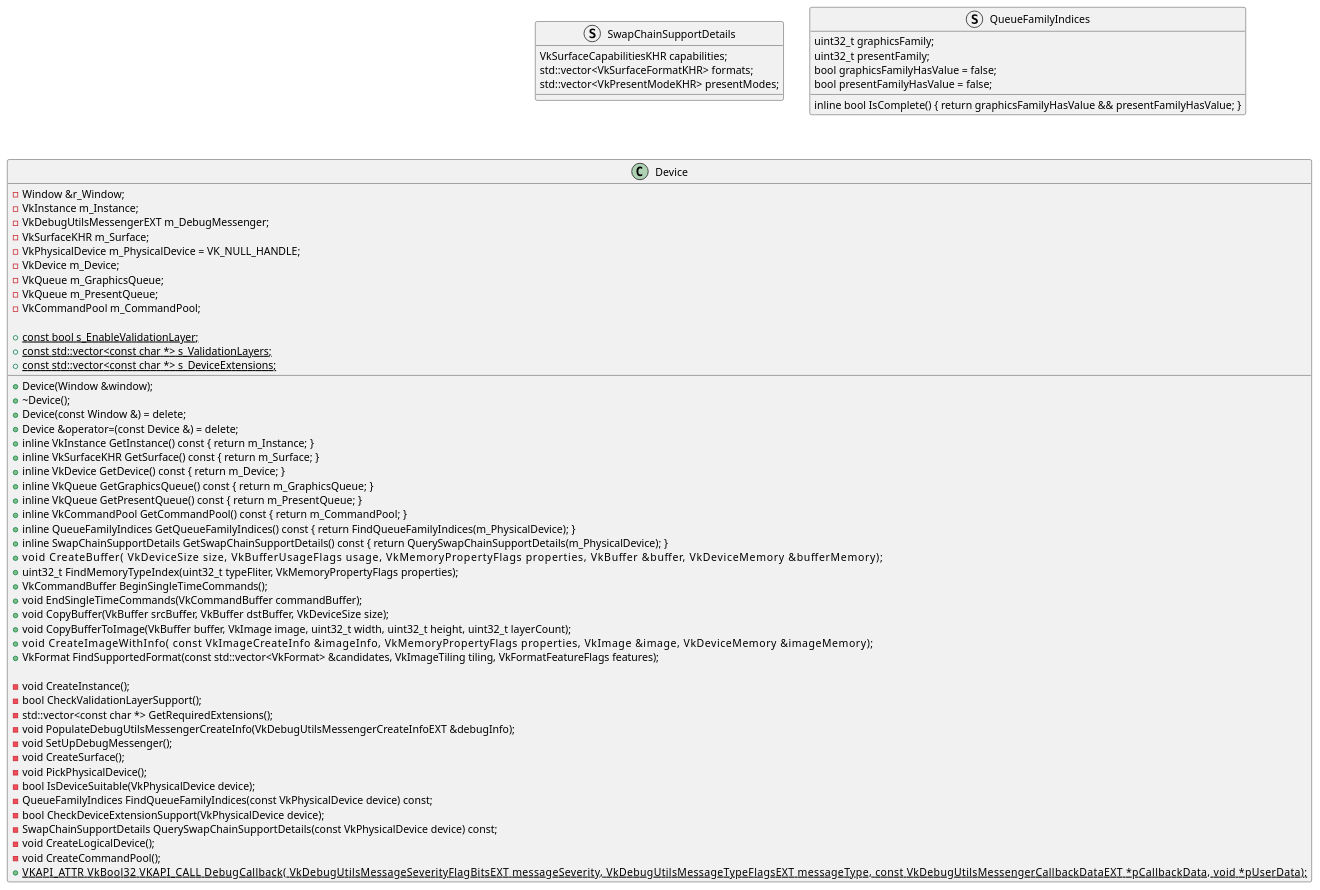
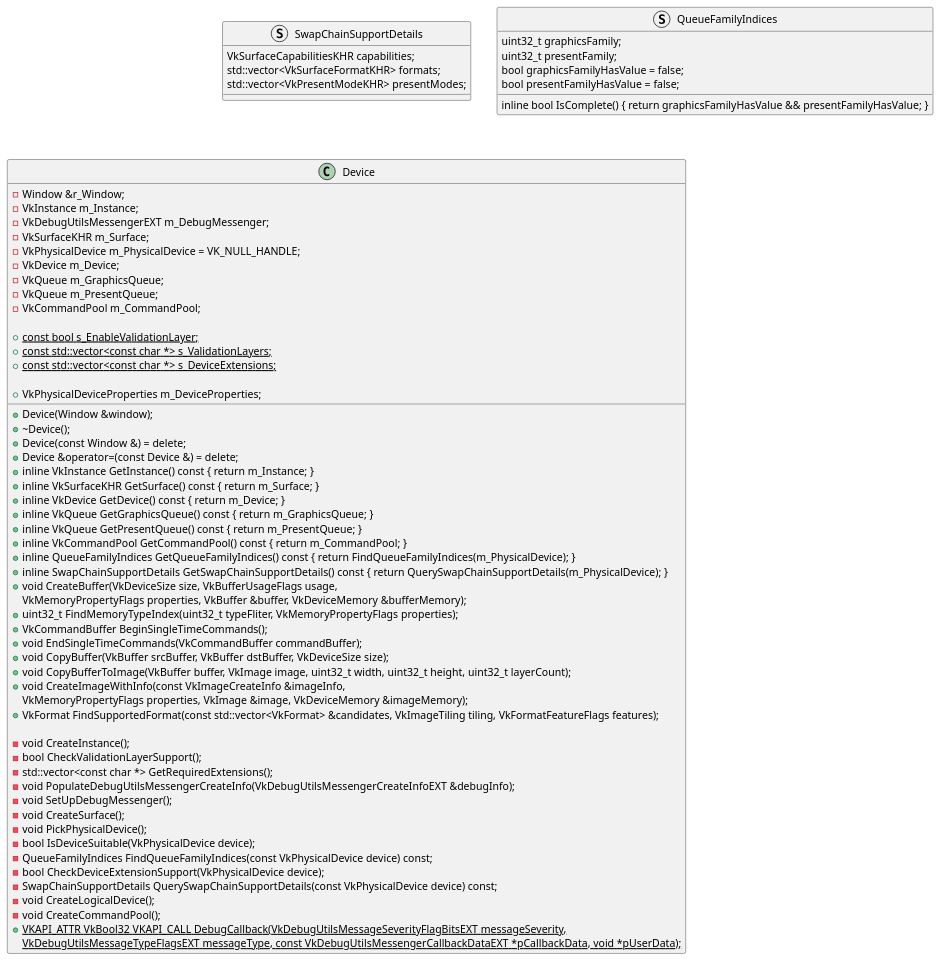
One commit to BravoMando/BasicVulkanWarperUML changed the diagram in src/device.pu. Above: the diagram before and after it, drawn with PlantUML. The commit also changed 28 other files, not shown here.

```diff
--- a/src/device.pu
+++ b/src/device.pu
@@ -1,83 +1,75 @@
 @startuml
 struct SwapChainSupportDetails
 {
     VkSurfaceCapabilitiesKHR capabilities;
     std::vector<VkSurfaceFormatKHR> formats;
     std::vector<VkPresentModeKHR> presentModes;
 }
 
 struct QueueFamilyIndices
 {
     uint32_t graphicsFamily;
     uint32_t presentFamily;
     bool graphicsFamilyHasValue = false;
     bool presentFamilyHasValue = false;
     inline bool IsComplete() { return graphicsFamilyHasValue && presentFamilyHasValue; }
 }
 
 class Device
 {
     + Device(Window &window);
     + \~Device();
     + Device(const Window &) = delete;
     + Device &operator=(const Device &) = delete;
     + inline VkInstance GetInstance() const { return m_Instance; }
     + inline VkSurfaceKHR GetSurface() const { return m_Surface; }
     + inline VkDevice GetDevice() const { return m_Device; }
     + inline VkQueue GetGraphicsQueue() const { return m_GraphicsQueue; }
     + inline VkQueue GetPresentQueue() const { return m_PresentQueue; }
     + inline VkCommandPool GetCommandPool() const { return m_CommandPool; }
     + inline QueueFamilyIndices GetQueueFamilyIndices() const { return FindQueueFamilyIndices(m_PhysicalDevice); }
     + inline SwapChainSupportDetails GetSwapChainSupportDetails() const { return QuerySwapChainSupportDetails(m_PhysicalDevice); }
-    + void CreateBuffer(\
-        VkDeviceSize size,\
-        VkBufferUsageFlags usage,\
-        VkMemoryPropertyFlags properties,\
-        VkBuffer &buffer,\
-        VkDeviceMemory &bufferMemory);
+    + void CreateBuffer(VkDeviceSize size, VkBufferUsageFlags usage,
+            VkMemoryPropertyFlags properties, VkBuffer &buffer, VkDeviceMemory &bufferMemory);
     + uint32_t FindMemoryTypeIndex(uint32_t typeFliter, VkMemoryPropertyFlags properties);
     + VkCommandBuffer BeginSingleTimeCommands();
     + void EndSingleTimeCommands(VkCommandBuffer commandBuffer);
     + void CopyBuffer(VkBuffer srcBuffer, VkBuffer dstBuffer, VkDeviceSize size);
     + void CopyBufferToImage(VkBuffer buffer, VkImage image, uint32_t width, uint32_t height, uint32_t layerCount);
-    + void CreateImageWithInfo(\
-        const VkImageCreateInfo &imageInfo,\
-        VkMemoryPropertyFlags properties,\
-        VkImage &image,\
-        VkDeviceMemory &imageMemory);
+    + void CreateImageWithInfo(const VkImageCreateInfo &imageInfo,
+            VkMemoryPropertyFlags properties, VkImage &image, VkDeviceMemory &imageMemory);
     + VkFormat FindSupportedFormat(const std::vector<VkFormat> &candidates, VkImageTiling tiling, VkFormatFeatureFlags features);
 
     - void CreateInstance();
     - bool CheckValidationLayerSupport();
     - std::vector<const char *> GetRequiredExtensions();
     - void PopulateDebugUtilsMessengerCreateInfo(VkDebugUtilsMessengerCreateInfoEXT &debugInfo);
     - void SetUpDebugMessenger();
     - void CreateSurface();
     - void PickPhysicalDevice();
     - bool IsDeviceSuitable(VkPhysicalDevice device);
     - QueueFamilyIndices FindQueueFamilyIndices(const VkPhysicalDevice device) const;
     - bool CheckDeviceExtensionSupport(VkPhysicalDevice device);
     - SwapChainSupportDetails QuerySwapChainSupportDetails(const VkPhysicalDevice device) const;
     - void CreateLogicalDevice();
     - void CreateCommandPool();
 
     - Window &r_Window;
     - VkInstance m_Instance;
     - VkDebugUtilsMessengerEXT m_DebugMessenger;
     - VkSurfaceKHR m_Surface;
     - VkPhysicalDevice m_PhysicalDevice = VK_NULL_HANDLE;
     - VkDevice m_Device;
     - VkQueue m_GraphicsQueue;
     - VkQueue m_PresentQueue;
     - VkCommandPool m_CommandPool;
 
     + {static} const bool s_EnableValidationLayer;
     + {static} const std::vector<const char *> s_ValidationLayers;
     + {static} const std::vector<const char *> s_DeviceExtensions;
-    + {static} VKAPI_ATTR VkBool32 VKAPI_CALL DebugCallback(\
-        VkDebugUtilsMessageSeverityFlagBitsEXT messageSeverity,\
-        VkDebugUtilsMessageTypeFlagsEXT messageType,\
-        const VkDebugUtilsMessengerCallbackDataEXT *pCallbackData,\
-        void *pUserData);
+    + {static} VKAPI_ATTR VkBool32 VKAPI_CALL DebugCallback(VkDebugUtilsMessageSeverityFlagBitsEXT messageSeverity,
+    {static}        VkDebugUtilsMessageTypeFlagsEXT messageType, const VkDebugUtilsMessengerCallbackDataEXT *pCallbackData, void *pUserData);
+
+    + VkPhysicalDeviceProperties m_DeviceProperties;
 }
 @enduml
```
